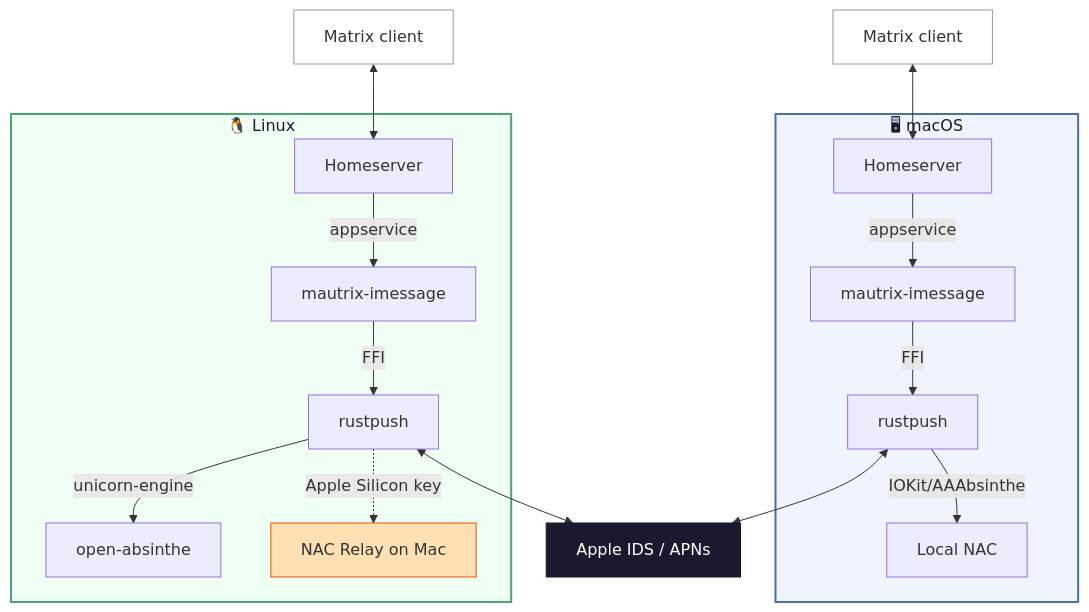
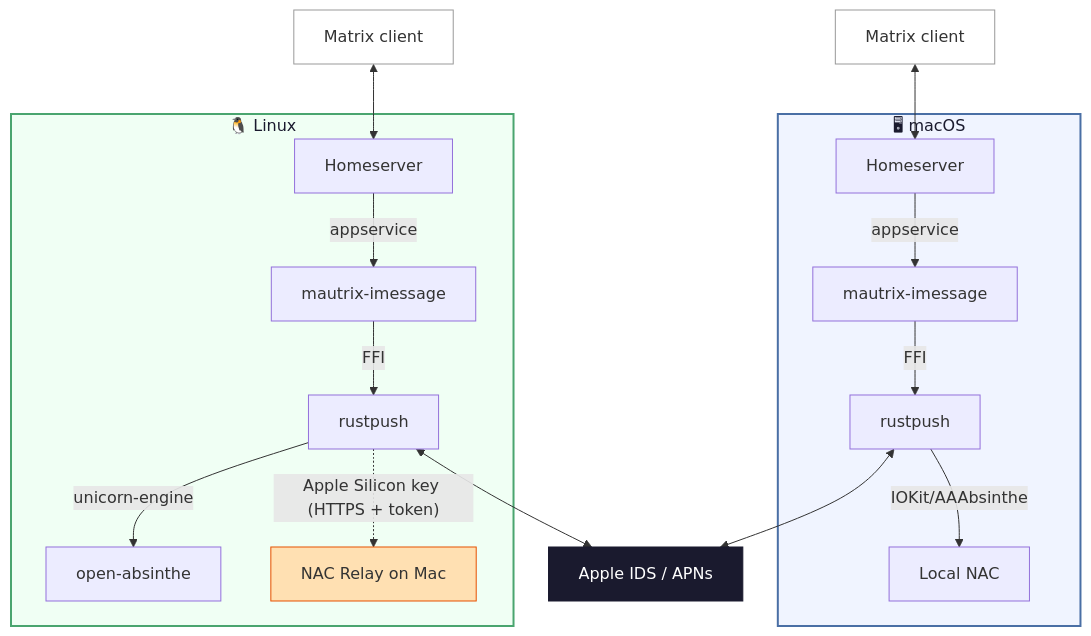
Before and after one commit to jasonlaguidice/imessage: the diagram in README.md, drawn with Mermaid. The commit also changed other lines of this file, not shown here.

Commit message:
docs: update README for TLS + bearer token auth on NAC relay

````diff
--- a/README.md
+++ b/README.md
@@ -167,25 +171,25 @@
 ```mermaid
 flowchart TB
     subgraph macos["🖥 macOS"]
         HS1[Homeserver] -- appservice --> Bridge1[mautrix-imessage]
         Bridge1 -- FFI --> RP1[rustpush]
         RP1 -- IOKit/AAAbsinthe --> NAC1[Local NAC]
     end
     subgraph linux["🐧 Linux"]
         HS2[Homeserver] -- appservice --> Bridge2[mautrix-imessage]
         Bridge2 -- FFI --> RP2[rustpush]
         RP2 -- unicorn-engine --> NAC2[open-absinthe]
-        RP2 -. "Apple Silicon key" .-> Relay[NAC Relay on Mac]
+        RP2 -. "Apple Silicon key (HTTPS + token)" .-> Relay[NAC Relay on Mac]
     end
     Client1[Matrix client] <--> HS1
     Client2[Matrix client] <--> HS2
     RP1 <--> Apple[Apple IDS / APNs]
     RP2 <--> Apple
 
     style macos fill:#f0f4ff,stroke:#4a6fa5,stroke-width:2px,color:#1a1a2e
     style linux fill:#f0fff4,stroke:#4aa56f,stroke-width:2px,color:#1a1a2e
     style Apple fill:#1a1a2e,stroke:#1a1a2e,color:#fff
     style Client1 fill:#fff,stroke:#999,color:#333
     style Client2 fill:#fff,stroke:#999,color:#333
     style Relay fill:#ffe0b2,stroke:#e65100,color:#333
 ```
````
